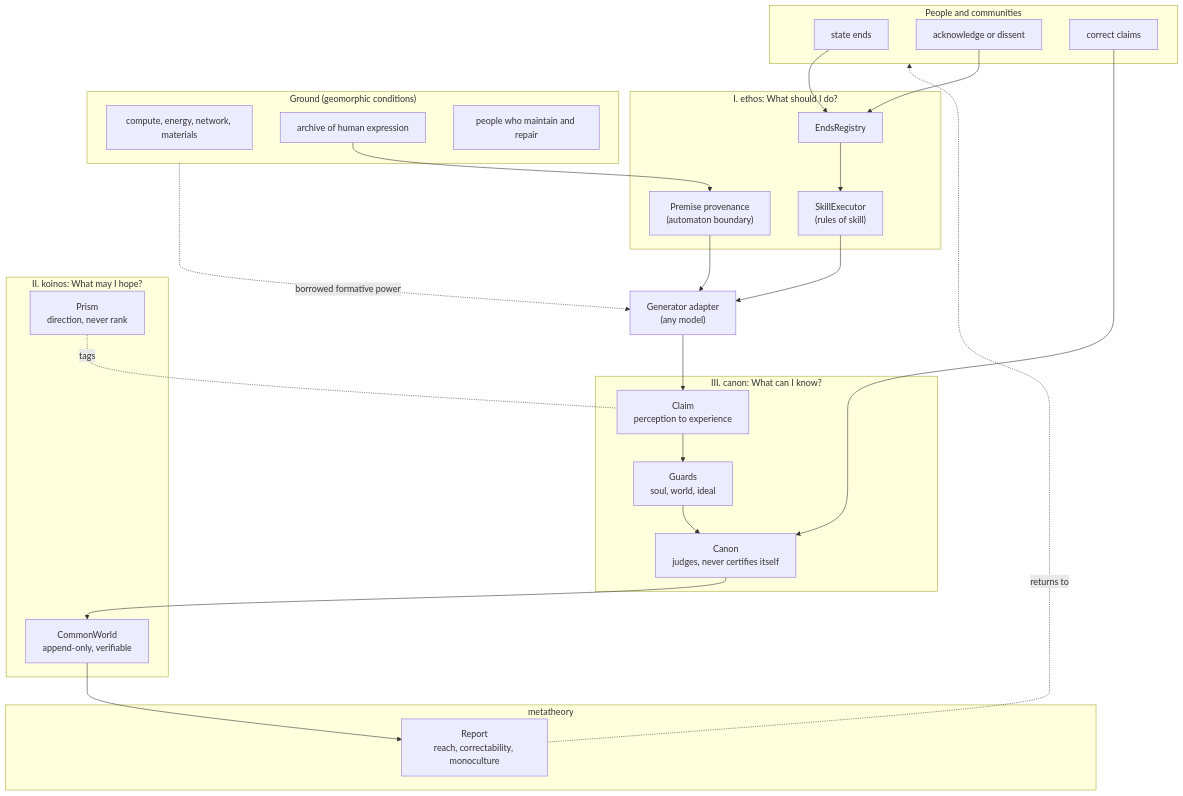
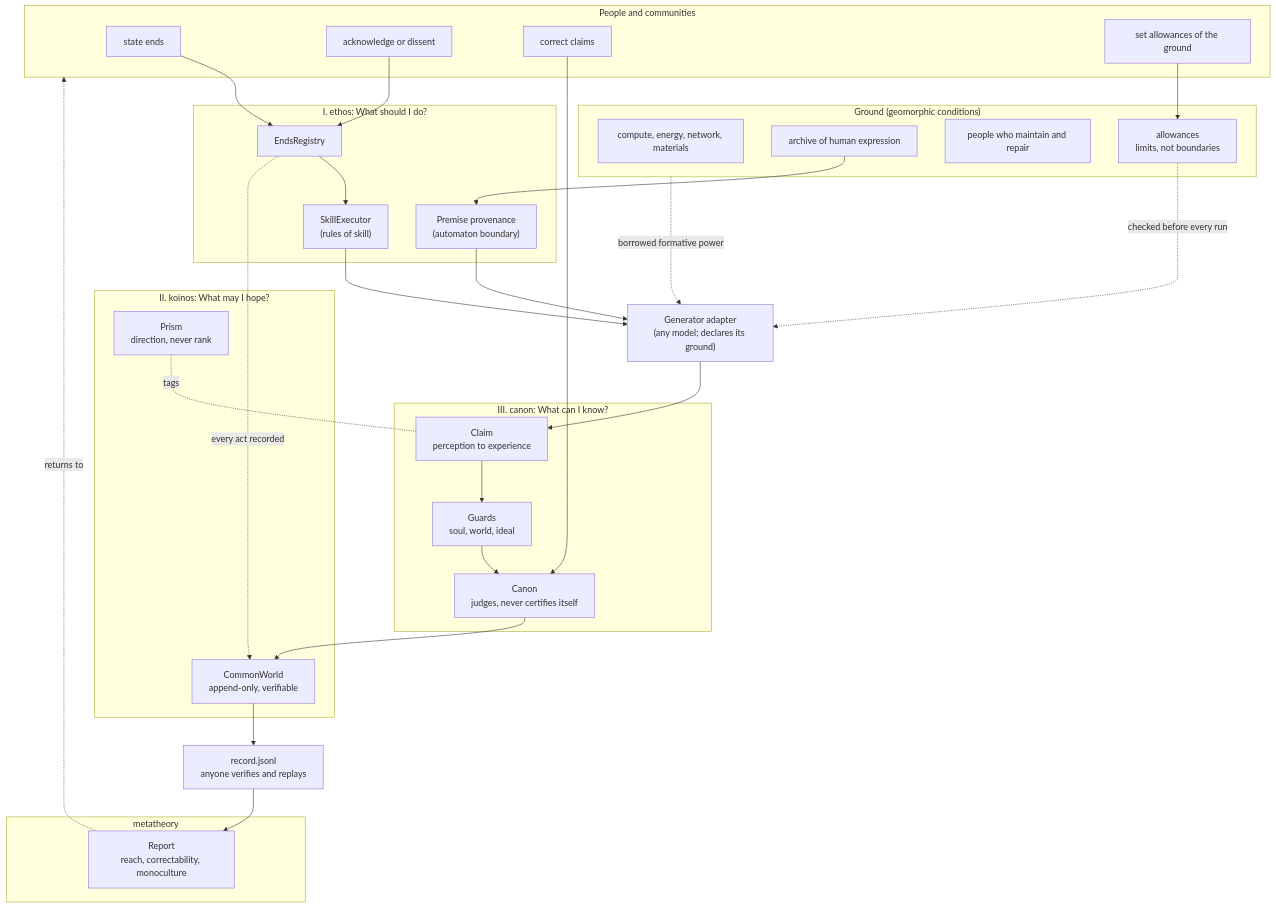
One commit to italosantosclemente/AGI-GAIA-TECHNE changed the first of 5 diagrams in README.md. Above: the diagram before and after it, drawn with Mermaid. The commit also changed other lines of this file and 28 other files, not shown here.

````diff
--- a/README.md
+++ b/README.md
@@ -205,52 +215,59 @@
 ```mermaid
 flowchart TB
     subgraph People["People and communities"]
         P1["state ends"]
         P2["acknowledge or dissent"]
         P3["correct claims"]
+        P4["set allowances of the ground"]
     end
 
     subgraph Ethos["I. ethos: What should I do?"]
         E1["EndsRegistry"]
         E2["SkillExecutor<br/>(rules of skill)"]
         E3["Premise provenance<br/>(automaton boundary)"]
     end
 
     subgraph Koinos["II. koinos: What may I hope?"]
         K1["CommonWorld<br/>append-only, verifiable"]
         K2["Prism<br/>direction, never rank"]
     end
 
     subgraph Canon["III. canon: What can I know?"]
         C1["Claim<br/>perception to experience"]
         C2["Guards<br/>soul, world, ideal"]
         C3["Canon<br/>judges, never certifies itself"]
     end
 
     subgraph Meta["metatheory"]
         M1["Report<br/>reach, correctability, monoculture"]
     end
 
     subgraph Ground["Ground (geomorphic conditions)"]
         D1["compute, energy, network, materials"]
         D2["archive of human expression"]
         D3["people who maintain and repair"]
+        D4["allowances<br/>limits, not boundaries"]
     end
 
-    G["Generator adapter<br/>(any model)"]
+    G["Generator adapter<br/>(any model; declares its ground)"]
+    R["record.jsonl<br/>anyone verifies and replays"]
 
     P1 --> E1
     P2 --> E1
     E1 --> E2
     Ground -. borrowed formative power .-> G
     D2 --> E3
     E3 --> G
     E2 --> G
     G --> C1
     C1 --> C2 --> C3
     K2 -. tags .- C1
     C3 --> K1
     P3 --> C3
-    K1 --> M1
+    P4 --> D4
+    D4 -. checked before every run .-> G
+    E1 -. every act recorded .-> K1
+    K1 --> R
+    R --> M1
     M1 -. returns to .-> People
 ```
````
